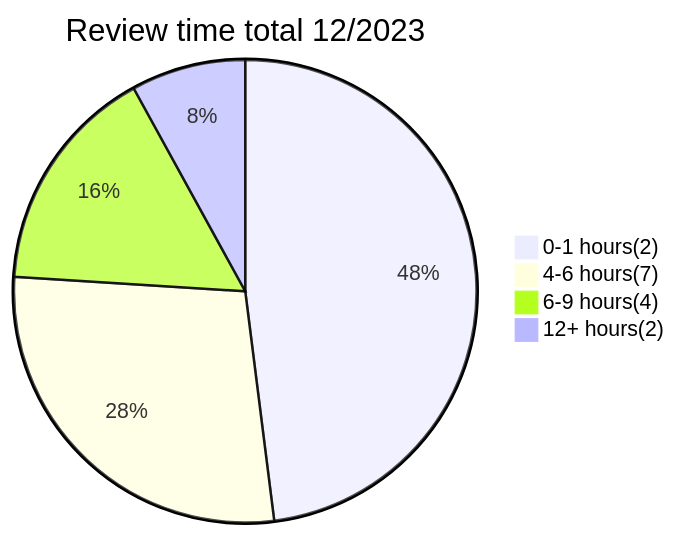
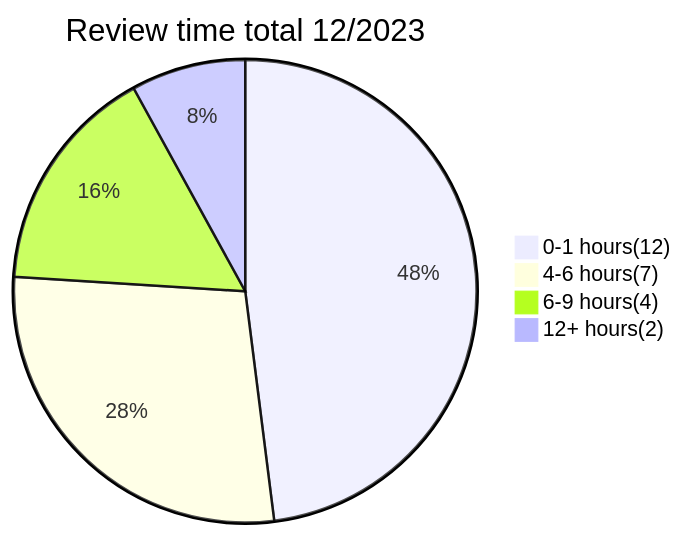
The second of 3 diagrams in README.md (AlexSim93/pull-request-analytics-action), drawn with Mermaid before and after one commit. The commit also changed other lines of this file and 5 other files, not shown here.

Commit message:
Fix: Fixed timelines title

````diff
--- a/README.md
+++ b/README.md
@@ -85,8 +85,8 @@
 ```mermaid
 pie
 title Review time total 12/2023
-"0-1 hours(2)":12
+"0-1 hours(12)":12
 "4-6 hours(7)":7
 "6-9 hours(4)":4
 "12+ hours(2)":2
 ```
````
